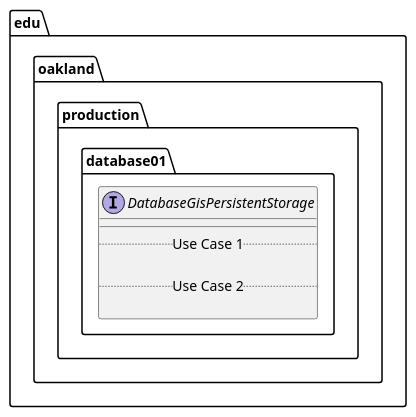
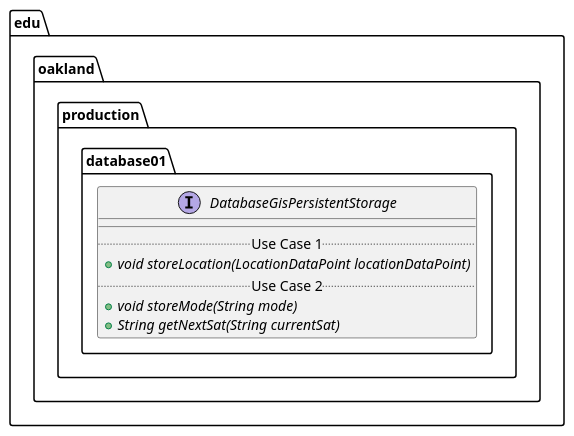
Before and after one commit to elilley15/csi-3370-software-project: the diagram in docs/uml-class-diagrams/database01/production/DatabaseGisPersistentStorage/DatabaseGisPersistentStorage.puml, drawn with PlantUML. The commit also changed 7 other files, not shown here.

First line of the commit message:
[Database] Added Database Public Interface UML Class Diagrams (#12)

```diff
--- a/docs/uml-class-diagrams/database01/production/DatabaseGisPersistentStorage/DatabaseGisPersistentStorage.puml
+++ b/docs/uml-class-diagrams/database01/production/DatabaseGisPersistentStorage/DatabaseGisPersistentStorage.puml
@@ -1,13 +1,14 @@
 @startuml DatabaseGisPersistentStorage
 
 package edu.oakland.production.database01 {
     interface DatabaseGisPersistentStorage {
         __
         .. Use Case 1 ..
-
+        {abstract} + void storeLocation(LocationDataPoint locationDataPoint)
         .. Use Case 2 ..
-
+        {abstract} + void storeMode(String mode)
+        {abstract} + String getNextSat(String currentSat)
     }
 }
 
 @enduml
```
